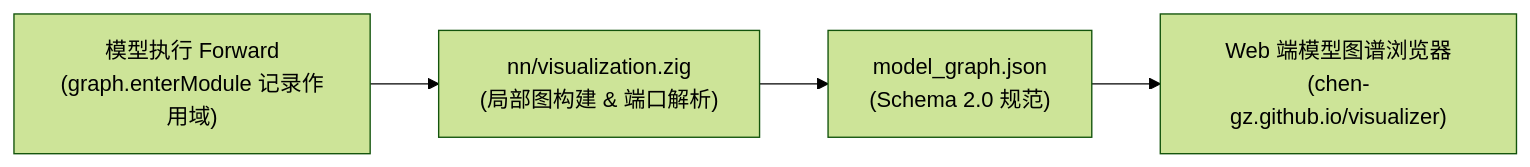
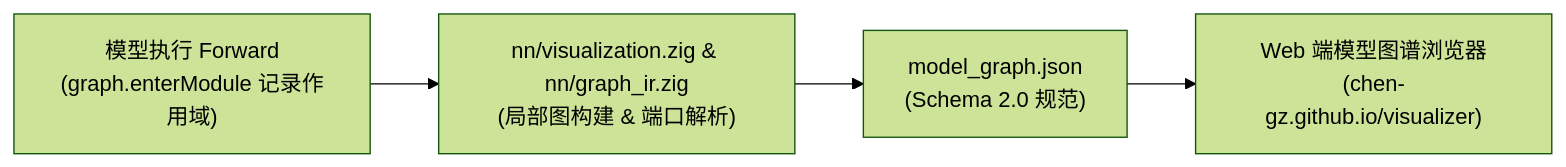
Before and after one commit to chen-gz/znn: the third of 3 diagrams in doc/architecture.md, drawn with Mermaid (forest theme). The commit also changed other lines of this file and 49 other files, not shown here.

````diff
--- a/doc/architecture.md
+++ b/doc/architecture.md
@@ -209,6 +264,6 @@
 ```mermaid
 flowchart LR
-    Model["模型执行 Forward\n(graph.enterModule 记录作用域)"] --> Export["nn/visualization.zig\n(局部图构建 & 端口解析)"]
+    Model["模型执行 Forward\n(graph.enterModule 记录作用域)"] --> Export["nn/visualization.zig & nn/graph_ir.zig\n(局部图构建 & 端口解析)"]
     Export --> JsonFile["model_graph.json\n(Schema 2.0 规范)"]
     JsonFile --> WebVisualizer["Web 端模型图谱浏览器\n(chen-gz.github.io/visualizer)"]
 ```
````
